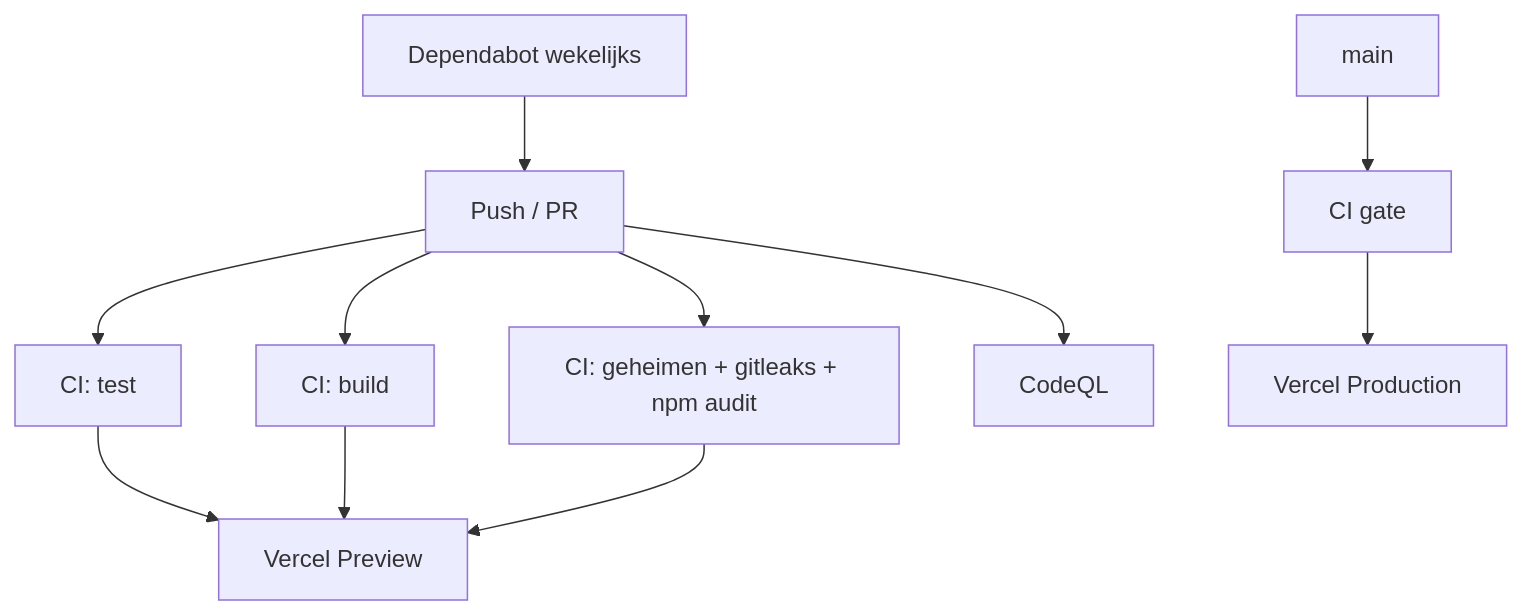
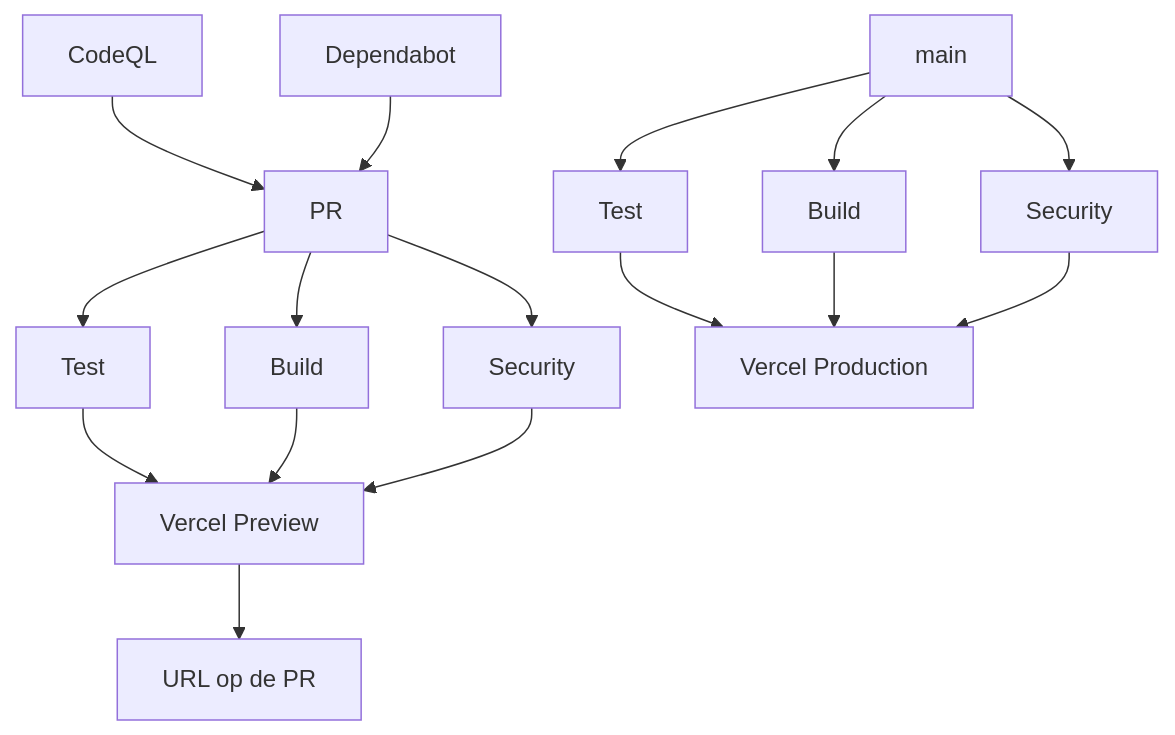
Before and after one commit to oiseaubleuc/TransportMe: the diagram in README.md, drawn with Mermaid. The commit also changed other lines of this file and 10 other files, not shown here.

````diff
--- a/README.md
+++ b/README.md
@@ -79,13 +99,18 @@
 ```mermaid
 flowchart TD
-  A[Push / PR] --> B[CI: test]
-  A --> C[CI: build]
-  A --> D[CI: geheimen + gitleaks + npm audit]
-  A --> E[CodeQL]
-  B --> F[Vercel Preview]
-  C --> F
-  D --> F
-  G[main] --> H[CI gate]
-  H --> I[Vercel Production]
-  J[Dependabot wekelijks] --> A
+  A[PR] --> B[Test]
+  A --> C[Build]
+  A --> D[Security]
+  B --> E[Vercel Preview]
+  C --> E
+  D --> E
+  E --> F[URL op de PR]
+  G[main] --> H[Test]
+  G --> I[Build]
+  G --> J[Security]
+  H --> K[Vercel Production]
+  I --> K
+  J --> K
+  L[CodeQL] --> A
+  M[Dependabot] --> A
 ```
````
